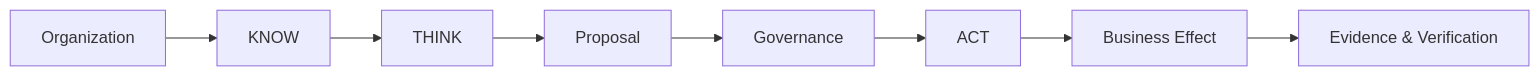
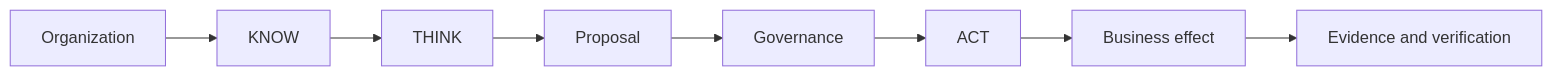
The diagram in docs/presentation/executive-overview.md (baum777/unitera_public_docs), drawn with Mermaid before and after one commit. The commit also changed other lines of this file and 12 other files, not shown here.

Commit message:
docs: reconcile public architecture and current state

````diff
--- a/docs/presentation/executive-overview.md
+++ b/docs/presentation/executive-overview.md
@@ -12,10 +14,10 @@
 ```mermaid
 flowchart LR
     O[Organization] --> K[KNOW]
     K --> T[THINK]
     T --> P[Proposal]
     P --> G[Governance]
     G --> A[ACT]
-    A --> B[Business Effect]
-    B --> E[Evidence & Verification]
+    A --> B[Business effect]
+    B --> E[Evidence and verification]
 ```
````
